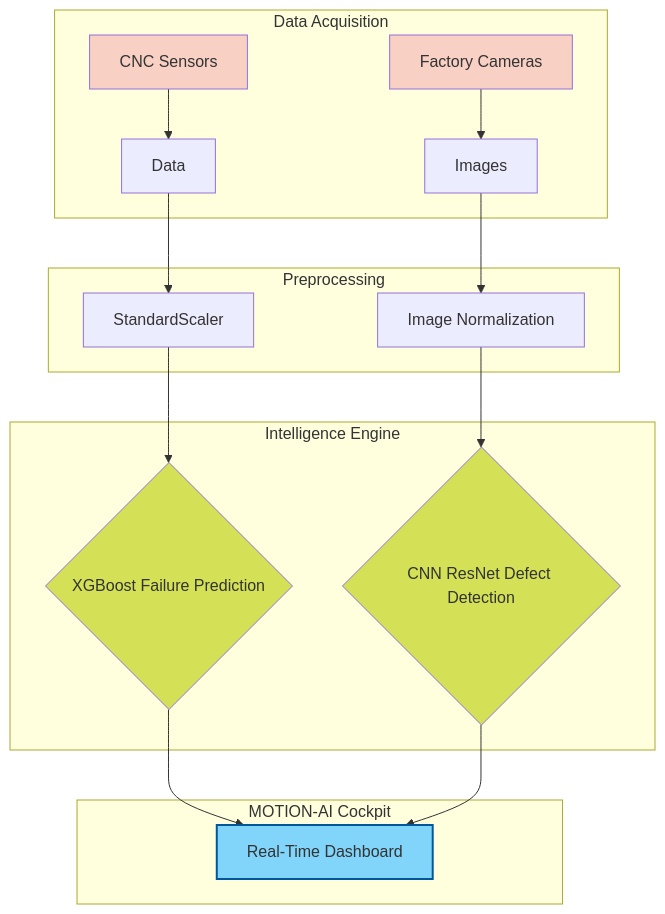
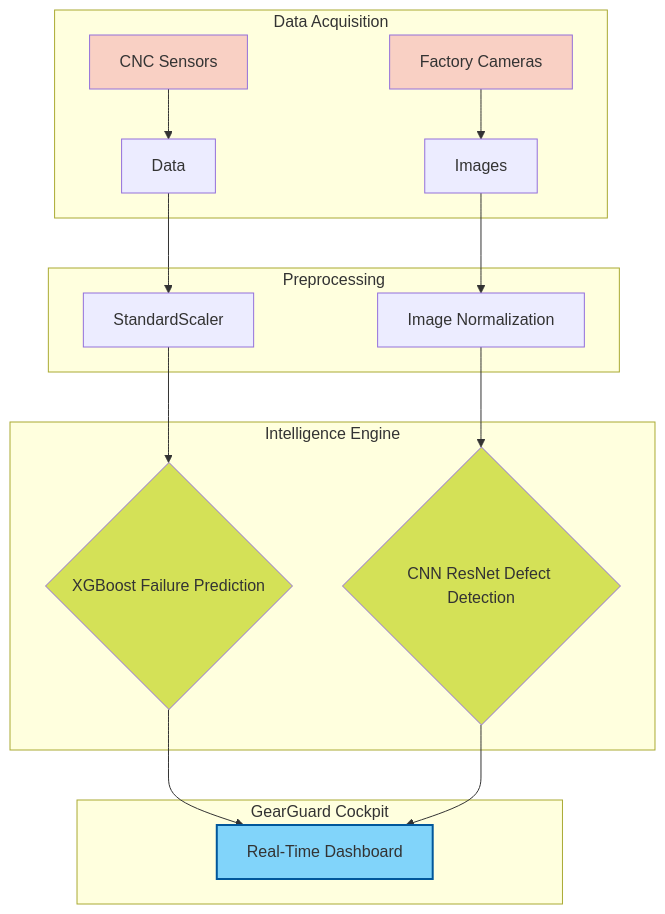
The diagram in README.md (PujaRaj356/MOTION-AI-Autonomous-Predictive-Intelligence-Cockpit-), drawn with Mermaid before and after one commit. The commit also changed other lines of this file and 10 other files, not shown here.

Commit message:
Rename project to GearGuard

````diff
--- a/README.md
+++ b/README.md
@@ -23,28 +23,28 @@
 ```mermaid
 flowchart TD
     subgraph Data Acquisition
         S[CNC Sensors] --> Data
         C[Factory Cameras] --> Images
     end
 
     subgraph Preprocessing
         Data --> Scale[StandardScaler]
         Images --> Resize[Image Normalization]
     end
 
     subgraph Intelligence Engine
         Scale --> ML{XGBoost Failure Prediction}
         Resize --> DL{CNN ResNet Defect Detection}
     end
 
-    subgraph MOTION-AI Cockpit
+    subgraph GearGuard Cockpit
         ML --> Dash[Real-Time Dashboard]
         DL --> Dash
     end
 
     style S fill:#f9d0c4
     style C fill:#f9d0c4
     style ML fill:#d4e157
     style DL fill:#d4e157
     style Dash fill:#81d4fa,stroke:#01579b,stroke-width:2px
 ```
````
